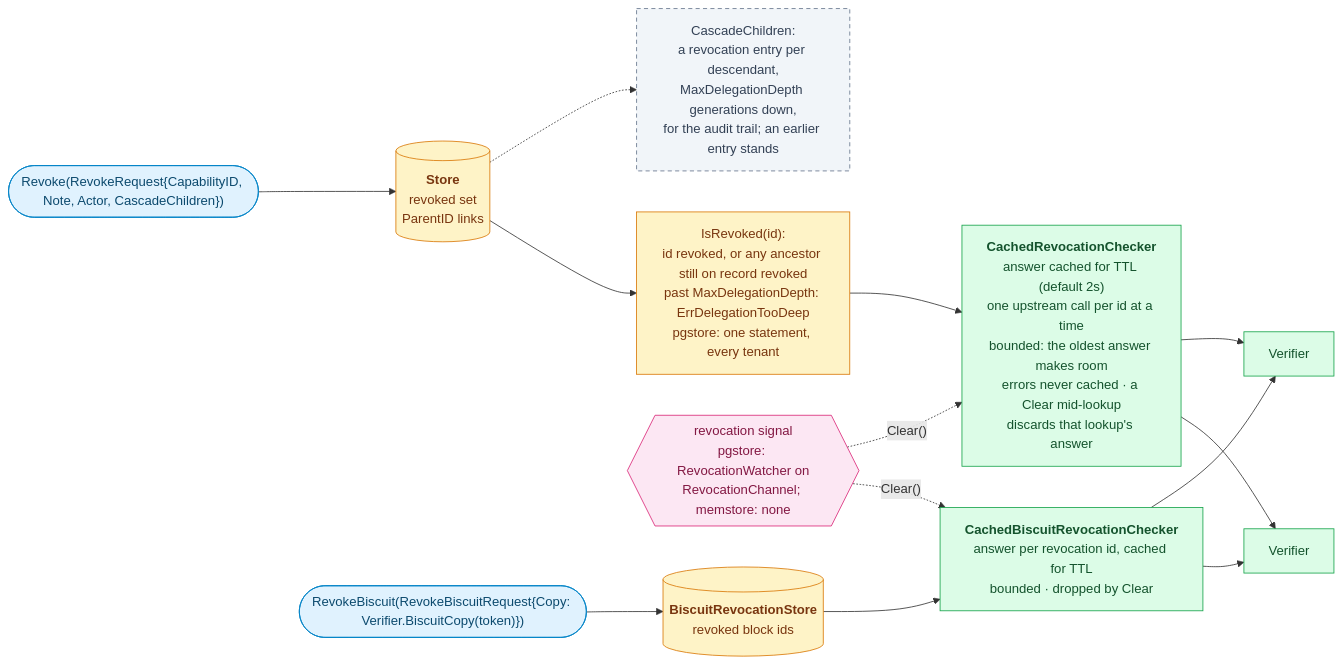
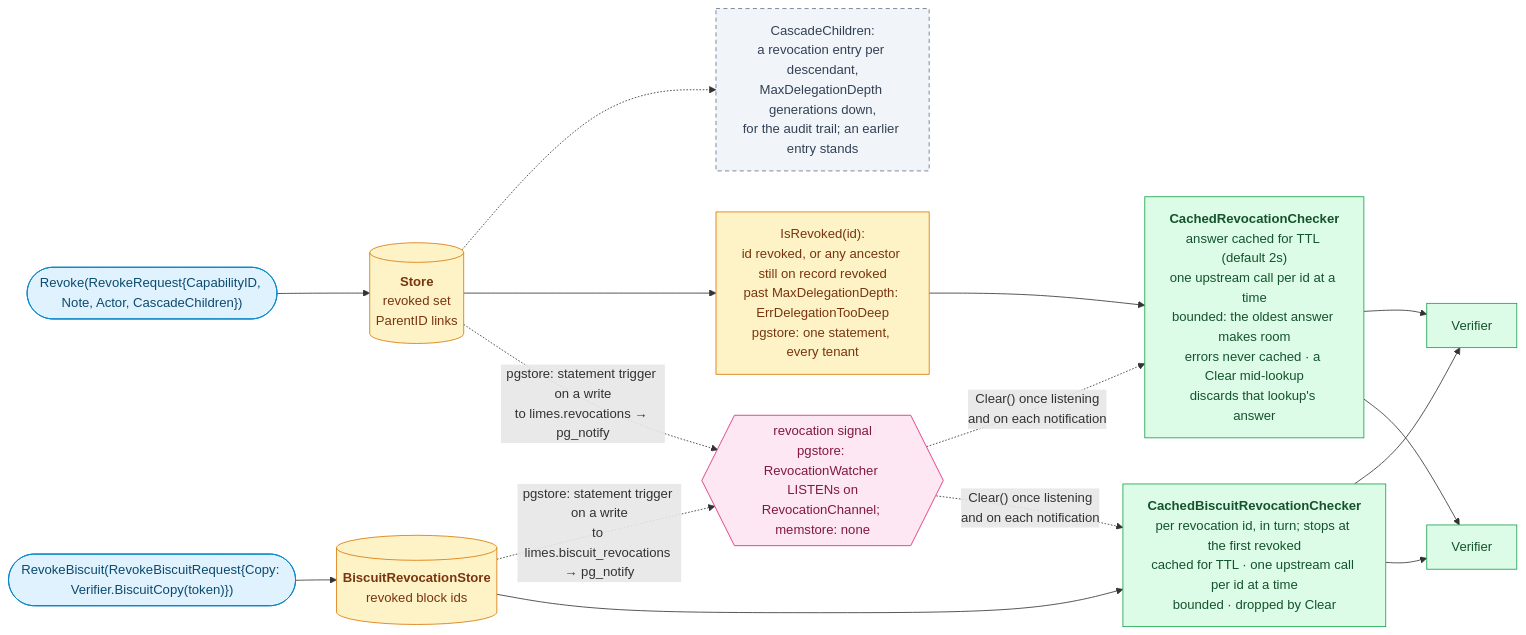
Before and after one commit to oleg-tkachuk/limes: diagram 11 of 13 in docs/diagrams.md, drawn with Mermaid. The commit also changed other lines of this file, not shown here.

First line of the commit message:
docs(diagrams): redraw from the code and add pgstore's scope and tenant erase

````diff
--- a/docs/diagrams.md
+++ b/docs/diagrams.md
@@ -798,36 +810,38 @@
 ```mermaid
 flowchart LR
     op(["Revoke(RevokeRequest{CapabilityID, Note, Actor, CascadeChildren})"])
     store[("<b>Store</b><br/>revoked set<br/>ParentID links")]
     cascade["CascadeChildren:<br/>a revocation entry per descendant,<br/>MaxDelegationDepth generations down,<br/>for the audit trail; an earlier entry stands"]
     chain["IsRevoked(id):<br/>id revoked, or any ancestor still on record revoked<br/>past MaxDelegationDepth: ErrDelegationTooDeep<br/>pgstore: one statement, every tenant"]
     cache["<b>CachedRevocationChecker</b><br/>answer cached for TTL (default 2s)<br/>one upstream call per id at a time<br/>bounded: the oldest answer makes room<br/>errors never cached · a Clear mid-lookup<br/>discards that lookup's answer"]
-    notify{{"revocation signal<br/>pgstore: RevocationWatcher on<br/>RevocationChannel; memstore: none"}}
+    notify{{"revocation signal<br/>pgstore: RevocationWatcher LISTENs on<br/>RevocationChannel; memstore: none"}}
     bop(["RevokeBiscuit(RevokeBiscuitRequest{Copy: Verifier.BiscuitCopy(token)})"])
     blist[("<b>BiscuitRevocationStore</b><br/>revoked block ids")]
-    bcache["<b>CachedBiscuitRevocationChecker</b><br/>answer per revocation id, cached for TTL<br/>bounded · dropped by Clear"]
+    bcache["<b>CachedBiscuitRevocationChecker</b><br/>per revocation id, in turn; stops at the first revoked<br/>cached for TTL · one upstream call per id at a time<br/>bounded · dropped by Clear"]
     v1["Verifier"]
     v2["Verifier"]
 
     op --> store
     store -.-> cascade
     store --> chain --> cache
     cache --> v1
     cache --> v2
-    notify -. "Clear()" .-> cache
+    store -. "pgstore: statement trigger on a write<br/>to limes.revocations → pg_notify" .-> notify
+    blist -. "pgstore: statement trigger on a write<br/>to limes.biscuit_revocations → pg_notify" .-> notify
+    notify -. "Clear() once listening<br/>and on each notification" .-> cache
     bop --> blist --> bcache
     bcache --> v1
     bcache --> v2
-    notify -. "Clear()" .-> bcache
+    notify -. "Clear() once listening<br/>and on each notification" .-> bcache
 
     classDef client fill:#E0F2FE,stroke:#0284C7,color:#0C4A6E
     classDef role fill:#DCFCE7,stroke:#16A34A,color:#14532D
     classDef optional fill:#F1F5F9,stroke:#64748B,color:#334155,stroke-dasharray:5 4
     classDef store fill:#FEF3C7,stroke:#D97706,color:#78350F
     classDef external fill:#FCE7F3,stroke:#DB2777,color:#831843
     class op,bop client
     class v1,v2,cache,bcache role
     class cascade optional
     class store,chain,blist store
     class notify external
 ```
````
